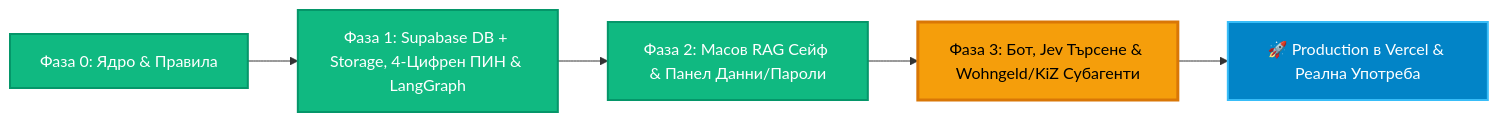
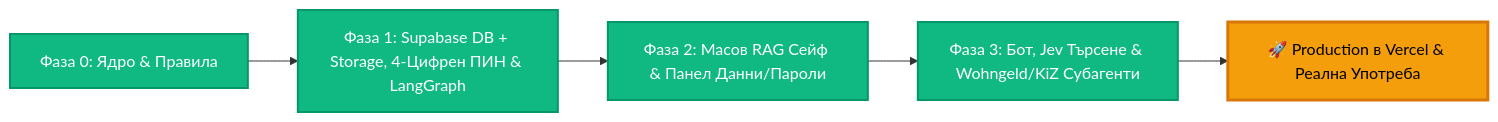
One commit to Krasimir-Hristov/KRONOS changed the diagram in ROADMAP.md. Above: the diagram before and after it, drawn with Mermaid. The commit also changed other lines of this file and 50 other files, not shown here.

````diff
--- a/ROADMAP.md
+++ b/ROADMAP.md
@@ -9,13 +9,13 @@
 ```mermaid
 flowchart LR
     P0["Фаза 0: Ядро & Правила"] --> P1["Фаза 1: Supabase DB + Storage, 4-Цифрен ПИН & LangGraph"]
     P1 --> P2["Фаза 2: Масов RAG Сейф & Панел Данни/Пароли"]
     P2 --> P3["Фаза 3: Бот, Jev Търсене & Wohngeld/KiZ Субагенти"]
     P3 --> PROD["🚀 Production в Vercel & Реална Употреба"]
 
     style P0 fill:#10b981,stroke:#059669,stroke-width:2px,color:#ffffff
     style P1 fill:#10b981,stroke:#059669,stroke-width:2px,color:#ffffff
     style P2 fill:#10b981,stroke:#059669,stroke-width:2px,color:#ffffff
-    style P3 fill:#f59e0b,stroke:#d97706,stroke-width:3px,color:#000000
-    style PROD fill:#0284c7,stroke:#38bdf8,stroke-width:2px,color:#ffffff
+    style P3 fill:#10b981,stroke:#059669,stroke-width:2px,color:#ffffff
+    style PROD fill:#f59e0b,stroke:#d97706,stroke-width:3px,color:#000000
 ```
````
